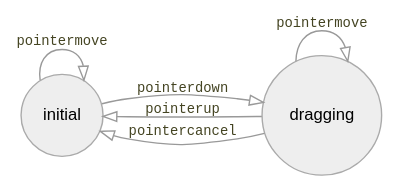
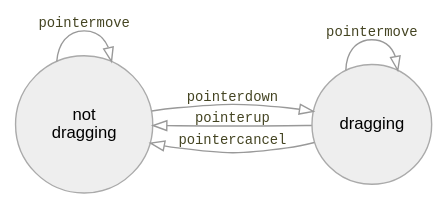
Before and after one commit to redblobgames/making-of-draggable: the sixth of 7 diagrams in index.org, drawn with Graphviz. The commit also changed other lines of this file and 2 other files, not shown here.

Commit message:
Feat: improve diagrams

```diff
--- a/index.org
+++ b/index.org
@@ -215,13 +215,13 @@
 #+begin_src dot :file build/pointer.svg :exports results
 digraph {
     node [fontname=Helvetica, fontsize=12, shape=circle, style=filled, color="#aaaaaa", fillcolor="#eeeeee"];
     edge [fontname=Courier, fontsize=10, fontcolor="#444422", color="#999999", fillcolor="#ffffff"];
     
     rankdir=LR;
-    initial -> initial [label = "pointermove"];
-    initial -> dragging [label = "pointerdown"];
+    "not\ndragging" -> "not\ndragging" [label = "pointermove"];
+    "not\ndragging" -> dragging [label = "pointerdown"];
     dragging -> dragging [label = "pointermove"];
-    dragging -> initial [label = "pointerup"];
-    dragging -> initial [label = "pointercancel"];
+    dragging -> "not\ndragging" [label = "pointerup"];
+    dragging -> "not\ndragging" [label = "pointercancel"];
 }
 #+end_src
```
